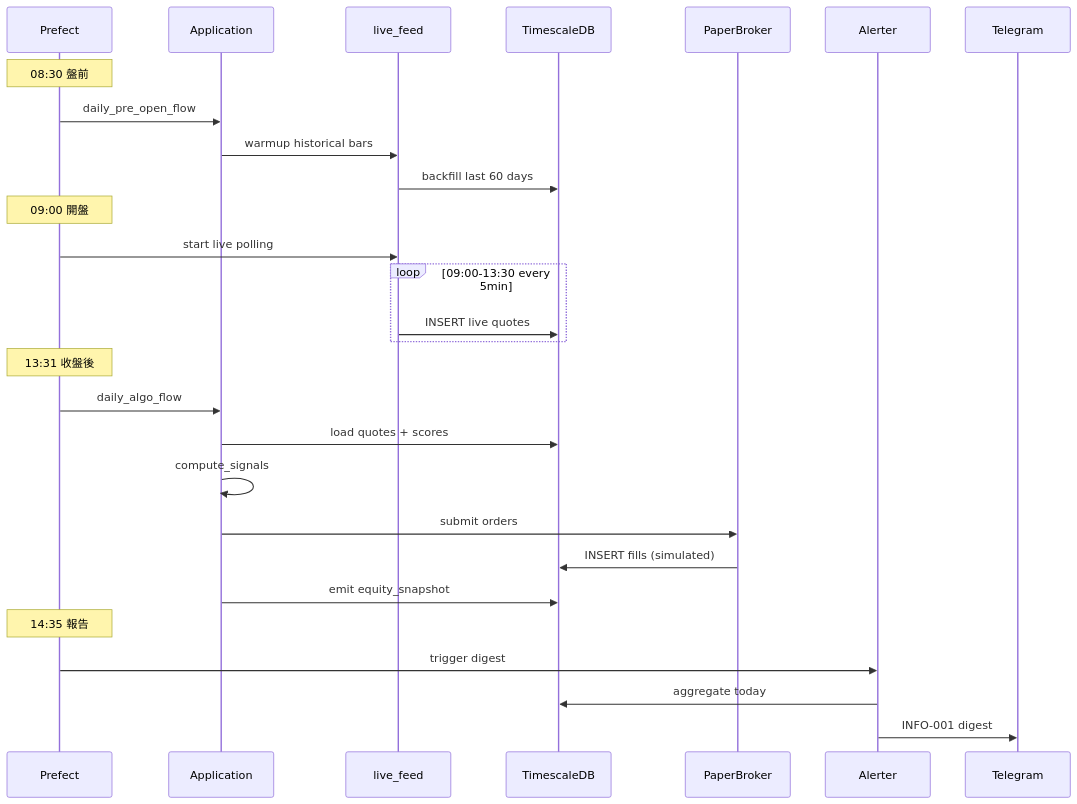
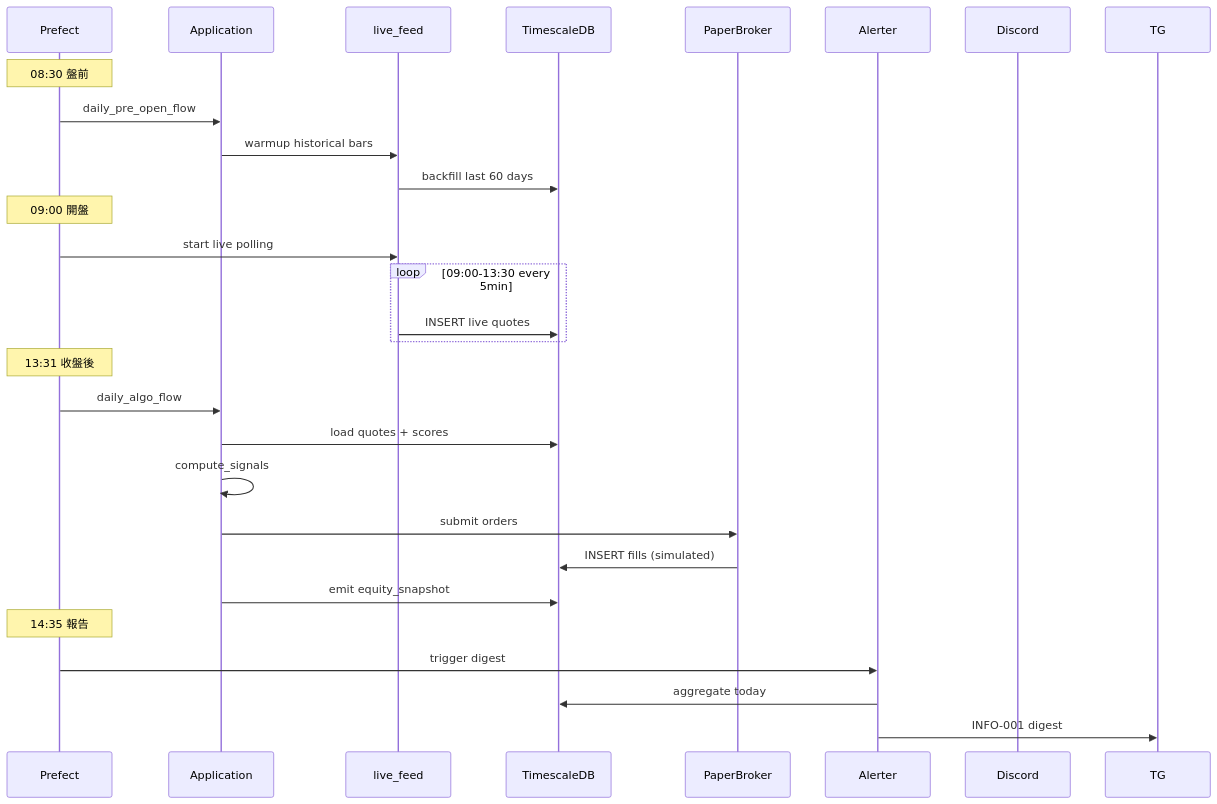
One commit to Zenobia000/Quantitative_Trading changed the third of 5 diagrams in dev_docs/23_deployment_topology.md. Above: the diagram before and after it, drawn with Mermaid. The commit also changed other lines of this file and 12 other files, not shown here.

First line of the commit message:
docs: sweep Telegram → Discord across 13 docs (ADR-010 落地)

````diff
--- a/dev_docs/23_deployment_topology.md
+++ b/dev_docs/23_deployment_topology.md
@@ -167,35 +167,35 @@
 ```mermaid
 sequenceDiagram
     participant Cron as Prefect
     participant App as Application
     participant Feed as live_feed
     participant TSDB as TimescaleDB
     participant Paper as PaperBroker
     participant Alert as Alerter
-    participant TG as Telegram
+    participant DC as Discord
 
     Note over Cron: 08:30 盤前
     Cron->>App: daily_pre_open_flow
     App->>Feed: warmup historical bars
     Feed->>TSDB: backfill last 60 days
 
     Note over Cron: 09:00 開盤
     Cron->>Feed: start live polling
 
     loop 09:00-13:30 every 5min
         Feed->>TSDB: INSERT live quotes
     end
 
     Note over Cron: 13:31 收盤後
     Cron->>App: daily_algo_flow
     App->>TSDB: load quotes + scores
     App->>App: compute_signals
     App->>Paper: submit orders
     Paper->>TSDB: INSERT fills (simulated)
     App->>TSDB: emit equity_snapshot
 
     Note over Cron: 14:35 報告
     Cron->>Alert: trigger digest
     Alert->>TSDB: aggregate today
     Alert->>TG: INFO-001 digest
 ```
````
